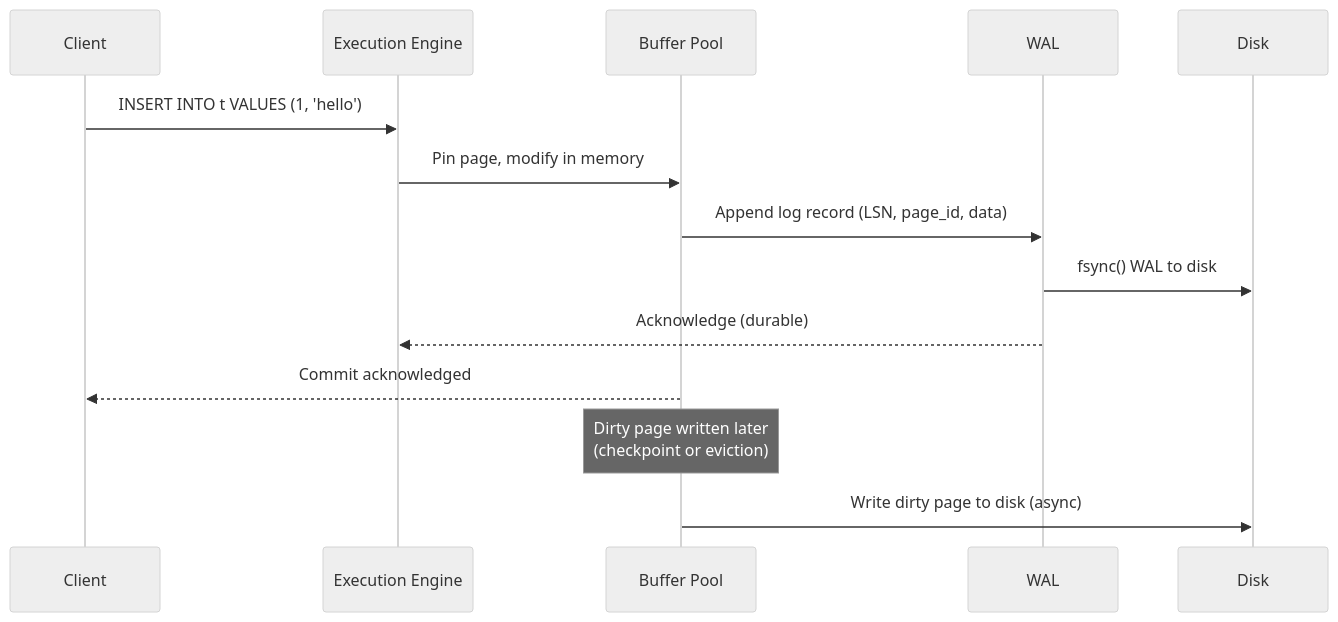
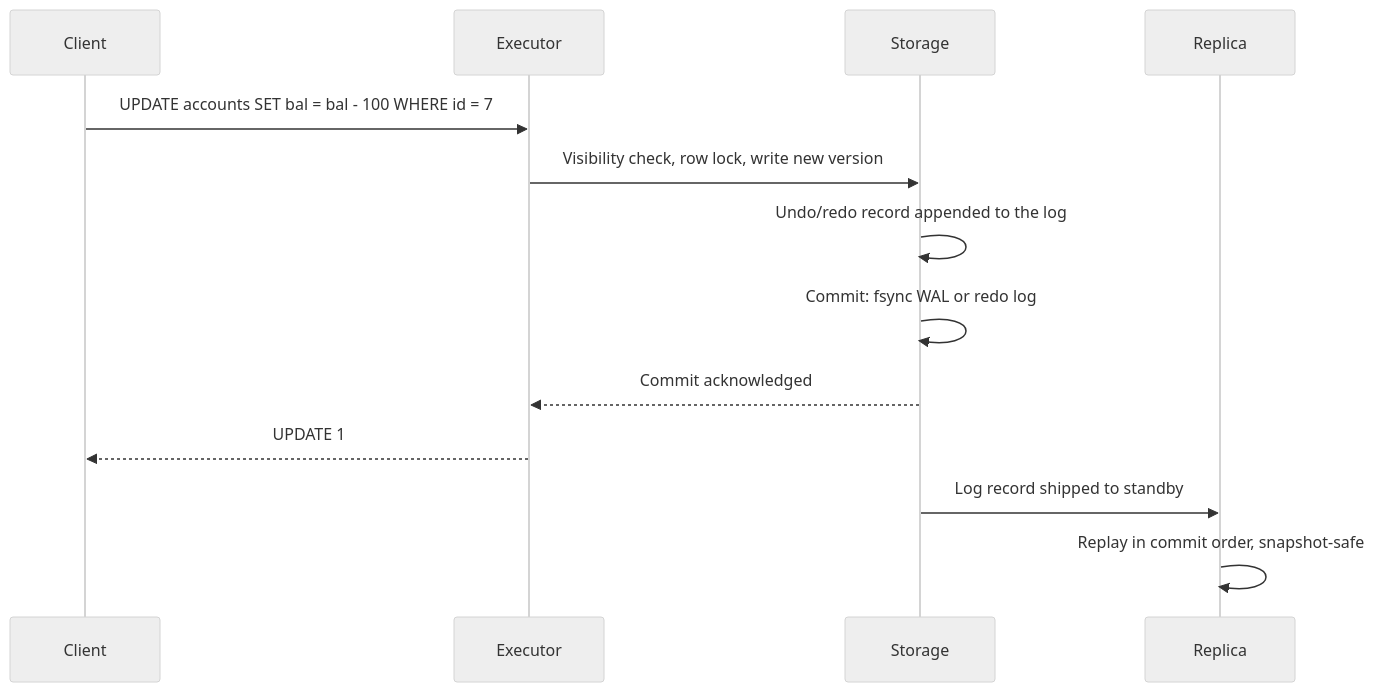
The second of 3 diagrams in src/dbms/internals/README.md (vanos001/placement_prep), drawn with Mermaid (neutral theme) before and after one commit. The commit also changed other lines of this file and 14 other files, not shown here.

````diff
--- a/src/dbms/internals/README.md
+++ b/src/dbms/internals/README.md
@@ -94,17 +44,15 @@
 ```mermaid
 sequenceDiagram
     participant C as Client
-    participant EE as Execution Engine
-    participant BP as Buffer Pool
-    participant WAL as WAL
-    participant D as Disk
-
-    C->>EE: INSERT INTO t VALUES (1, 'hello')
-    EE->>BP: Pin page, modify in memory
-    BP->>WAL: Append log record (LSN, page_id, data)
-    WAL->>D: fsync() WAL to disk
-    WAL-->>EE: Acknowledge (durable)
-    BP-->>C: Commit acknowledged
-    Note over BP: Dirty page written later<br/>(checkpoint or eviction)
-    BP->>D: Write dirty page to disk (async)
+    participant E as Executor
+    participant S as Storage
+    participant R as Replica
+    C->>E: UPDATE accounts SET bal = bal - 100 WHERE id = 7
+    E->>S: Visibility check, row lock, write new version
+    S->>S: Undo/redo record appended to the log
+    S->>S: Commit: fsync WAL or redo log
+    S-->>E: Commit acknowledged
+    E-->>C: UPDATE 1
+    S->>R: Log record shipped to standby
+    R->>R: Replay in commit order, snapshot-safe
 ```
````
